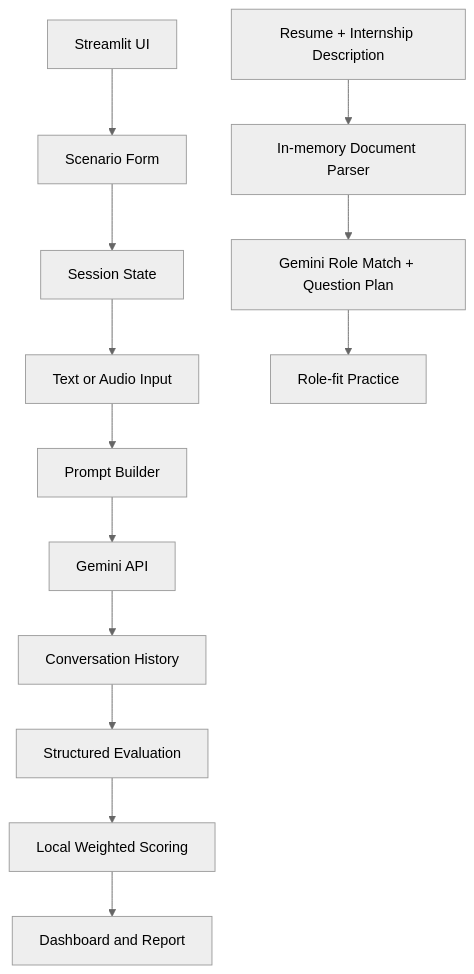
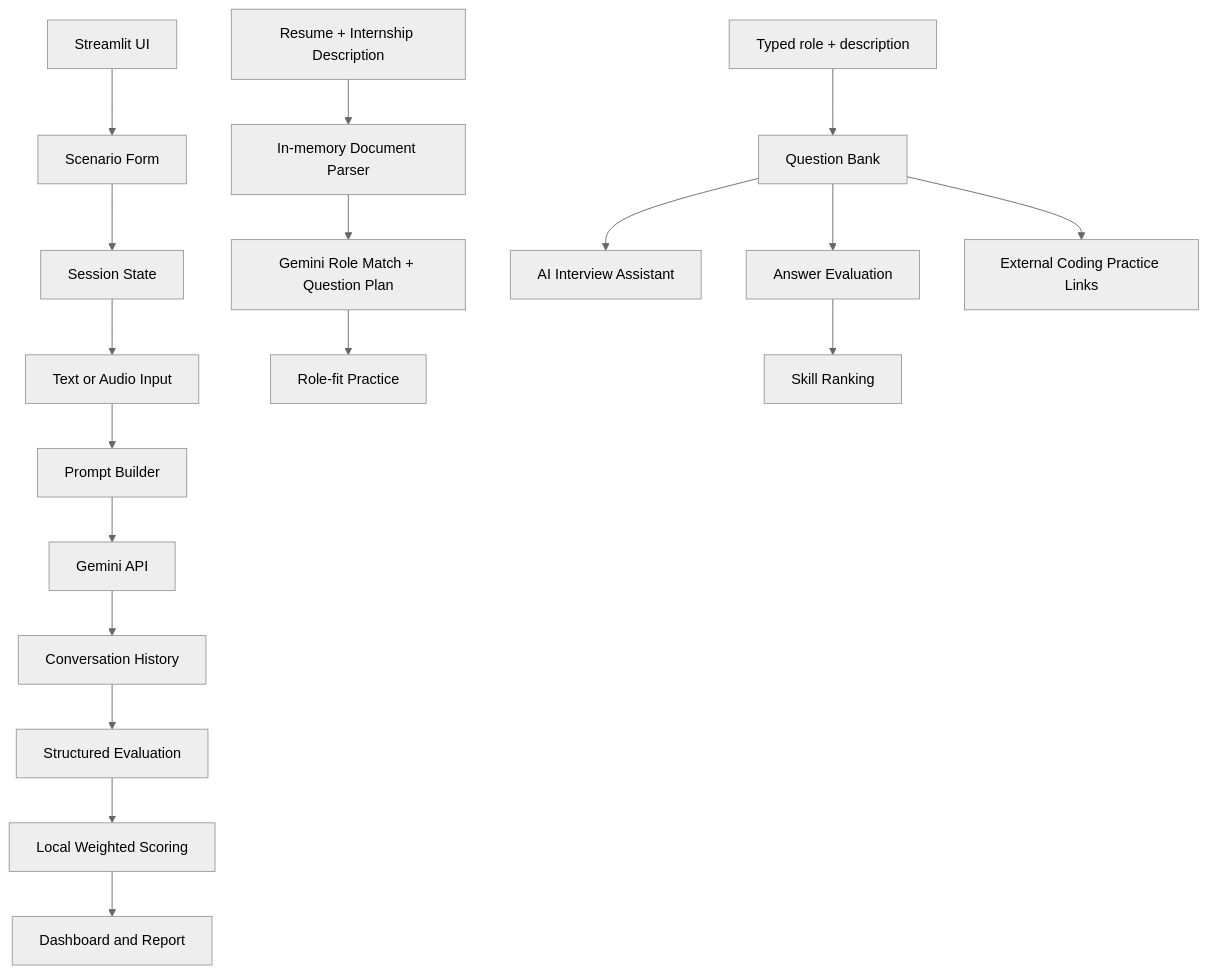
Before and after one commit to Himanshu90909/careercoach-ai: the diagram in README.md, drawn with Mermaid (neutral theme). The commit also changed other lines of this file and 1 other file, not shown here.

````diff
--- a/README.md
+++ b/README.md
@@ -17,15 +17,20 @@
 ```mermaid
 flowchart TD
     UI[Streamlit UI] --> FORM[Scenario Form]
     FORM --> STATE[Session State]
     STATE --> INPUT[Text or Audio Input]
     UPLOAD[Resume + Internship Description] --> PARSE[In-memory Document Parser]
     PARSE --> MATCH[Gemini Role Match + Question Plan]
     MATCH --> ROLEFIT[Role-fit Practice]
+    TEXTROLE[Typed role + description] --> BANK[Question Bank]
+    BANK --> ASSIST[AI Interview Assistant]
+    BANK --> ANSWERS[Answer Evaluation]
+    ANSWERS --> RANK[Skill Ranking]
+    BANK --> CODING[External Coding Practice Links]
     INPUT --> PROMPT[Prompt Builder]
     PROMPT --> GEMINI[Gemini API]
     GEMINI --> TRANSCRIPT[Conversation History]
     TRANSCRIPT --> EVAL[Structured Evaluation]
     EVAL --> SCORE[Local Weighted Scoring]
     SCORE --> DASH[Dashboard and Report]
 ```
````
